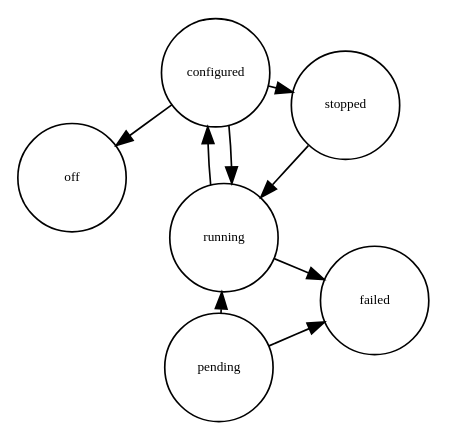
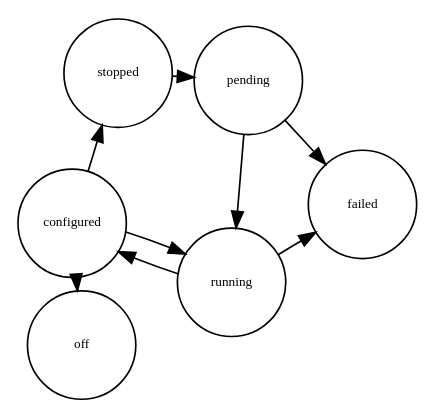
One commit to grycap/im changed the diagram in doc/source/xmlrpc.rst. Above: the diagram before and after it, drawn with Graphviz. The commit also changed 2 other files, not shown here.

Commit message:
Minor changes

```diff
--- a/doc/source/xmlrpc.rst
+++ b/doc/source/xmlrpc.rst
@@ -68,10 +68,10 @@
    .. digraph:: stategraph
    
       layout=fdp;
       node [shape=circle, fontsize=8, fixedsize=true, height=.9, weight=.9];
       "pending" -> "running" -> "configured" -> "off" ;
       "pending" -> "failed";
       "running" -> "failed";
       "configured" -> "stopped";
       "configured" -> "running";
-      "stopped" -> "running";
+      "stopped" -> "pending";
```
